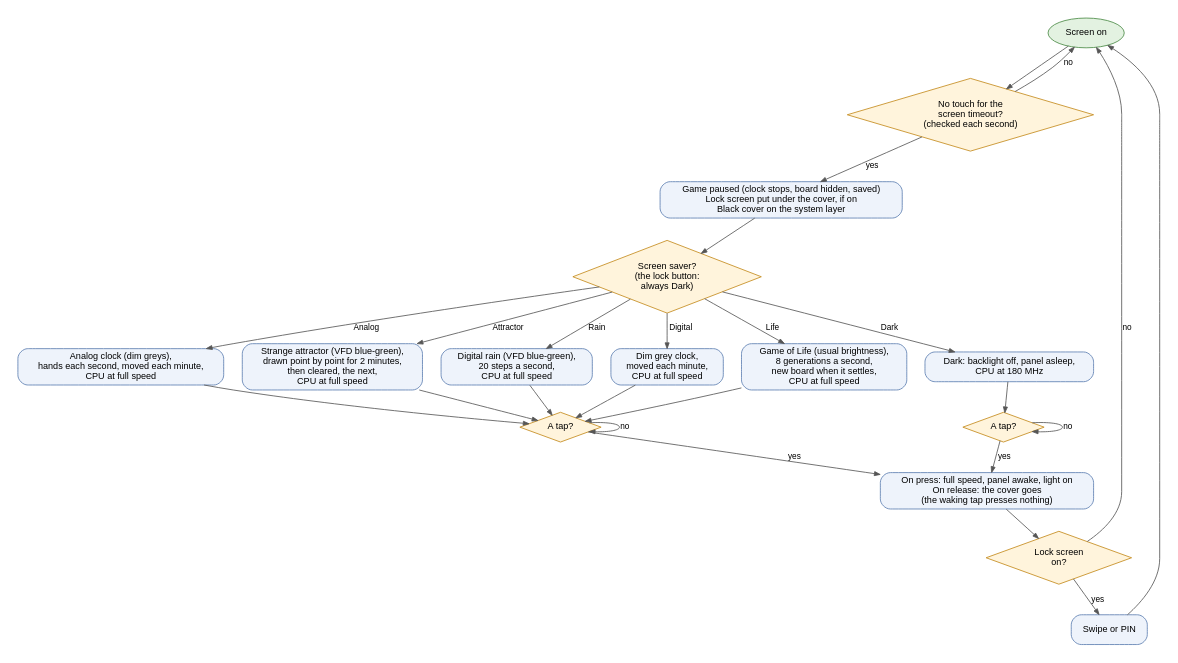
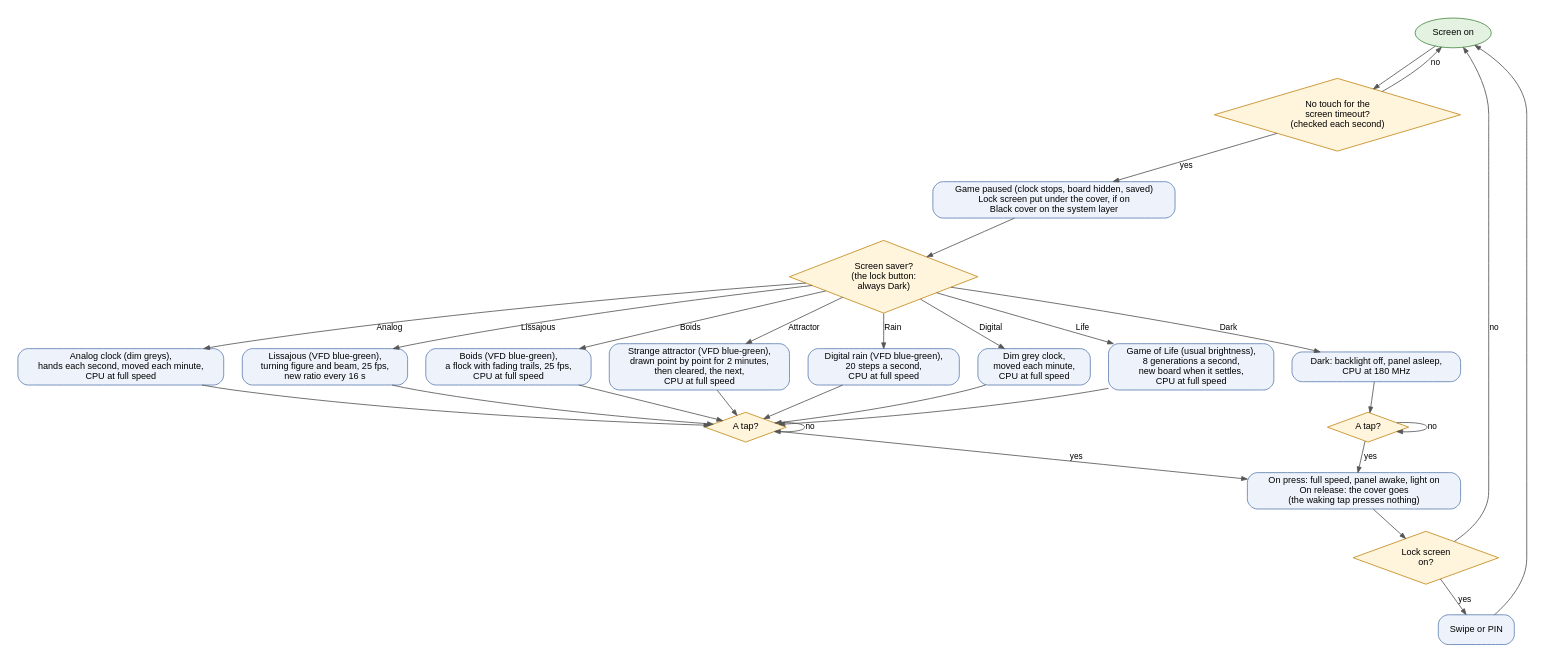
The diagram in docs/diagrams/saver.dot (edipermadi/esp32p4_sudoku), drawn with Graphviz before and after one commit. The commit also changed 23 other files, not shown here.

```diff
--- a/docs/diagrams/saver.dot
+++ b/docs/diagrams/saver.dot
@@ -1,46 +1,52 @@
 // The screen saver and power saving: saver_cb() in ui_saver.c, bsp_power_save()
 digraph saver {
     graph [bgcolor="white", fontname="Helvetica", fontsize=11, nodesep=0.3, ranksep=0.35, pad=0.2];
     node  [fontname="Helvetica", fontsize=11, shape=box, style="rounded,filled", fillcolor="#EEF3FB", color="#5B7DB1", margin="0.15,0.05"];
     edge  [fontname="Helvetica", fontsize=10, color="#555555", arrowsize=0.7];
     on    [shape=oval, fillcolor="#E3F2E1", color="#4A8A44", label="Screen on"];
     idle  [shape=diamond, style=filled, fillcolor="#FFF4DC", color="#C48A1A", label="No touch for the\nscreen timeout?\n(checked each second)"];
     pause [label="Game paused (clock stops, board hidden, saved)\nLock screen put under the cover, if on\nBlack cover on the system layer"];
     clk   [shape=diamond, style=filled, fillcolor="#FFF4DC", color="#C48A1A", label="Screen saver?\n(the lock button:\nalways Dark)"];
     analog[label="Analog clock (dim greys),\nhands each second, moved each minute,\nCPU at full speed"];
+    liss  [label="Lissajous (VFD blue-green),\nturning figure and beam, 25 fps,\nnew ratio every 16 s"];
+    boids [label="Boids (VFD blue-green),\na flock with fading trails, 25 fps,\nCPU at full speed"];
     attr  [label="Strange attractor (VFD blue-green),\ndrawn point by point for 2 minutes,\nthen cleared, the next,\nCPU at full speed"];
     rain  [label="Digital rain (VFD blue-green),\n20 steps a second,\nCPU at full speed"];
     dim   [label="Dim grey clock,\nmoved each minute,\nCPU at full speed"];
     life  [label="Game of Life (usual brightness),\n8 generations a second,\nnew board when it settles,\nCPU at full speed"];
     tap1  [shape=diamond, style=filled, fillcolor="#FFF4DC", color="#C48A1A", label="A tap?"];
     dark  [label="Dark: backlight off, panel asleep,\nCPU at 180 MHz"];
     tap2  [shape=diamond, style=filled, fillcolor="#FFF4DC", color="#C48A1A", label="A tap?"];
     wake  [label="On press: full speed, panel awake, light on\nOn release: the cover goes\n(the waking tap presses nothing)"];
     lock  [shape=diamond, style=filled, fillcolor="#FFF4DC", color="#C48A1A", label="Lock screen\non?"];
     unlock[label="Swipe or PIN"];
 
     on -> idle;
     idle -> on [label="no"];
     idle -> pause [label="yes"];
     pause -> clk;
     clk -> dim [label="Digital"];
     clk -> analog [label="Analog"];
     clk -> rain [label="Rain"];
     clk -> attr [label="Attractor"];
+    clk -> boids [label="Boids"];
+    clk -> liss [label="Lissajous"];
     clk -> life [label="Life"];
     clk -> dark [label="Dark"];
     dim -> tap1;
     analog -> tap1;
     rain -> tap1;
     attr -> tap1;
+    boids -> tap1;
+    liss -> tap1;
     life -> tap1;
     tap1 -> wake [label="yes"];
     tap1 -> tap1 [label="no"];
     dark -> tap2;
     tap2 -> tap2 [label="no"];
     tap2 -> wake [label="yes"];
     wake -> lock;
     lock -> unlock [label="yes"];
     lock -> on [label="no"];
     unlock -> on;
 }
```
